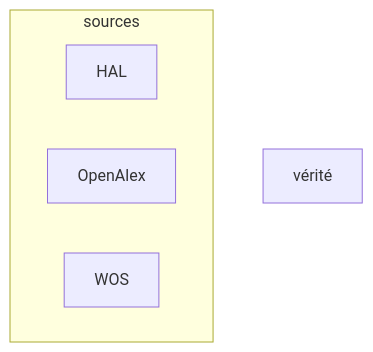
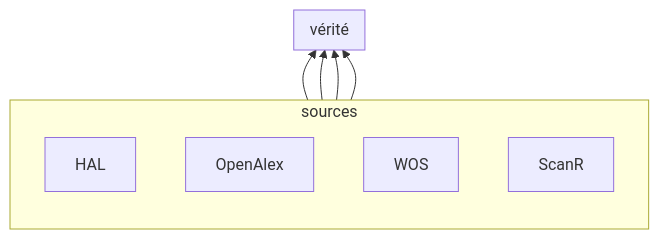
The first of 5 diagrams in docs/architecture.md (Y33sha/bibliometrie-uca), drawn with Mermaid before and after one commit. The commit also changed other lines of this file and 5 other files, not shown here.

````diff
--- a/docs/architecture.md
+++ b/docs/architecture.md
@@ -7,10 +7,17 @@
 ```mermaid
-flowchart TD
+flowchart BT
+    subgraph vérité
+    end
     subgraph sources
-        direction LR
+        direction TD
         A[HAL]
         B[OpenAlex]
         C[WOS]
+        D[ScanR]
     end
-    D[vérité]
+    A-->vérité
+    B-->vérité
+    C-->vérité
+    D-->vérité
+    
 ```
````
